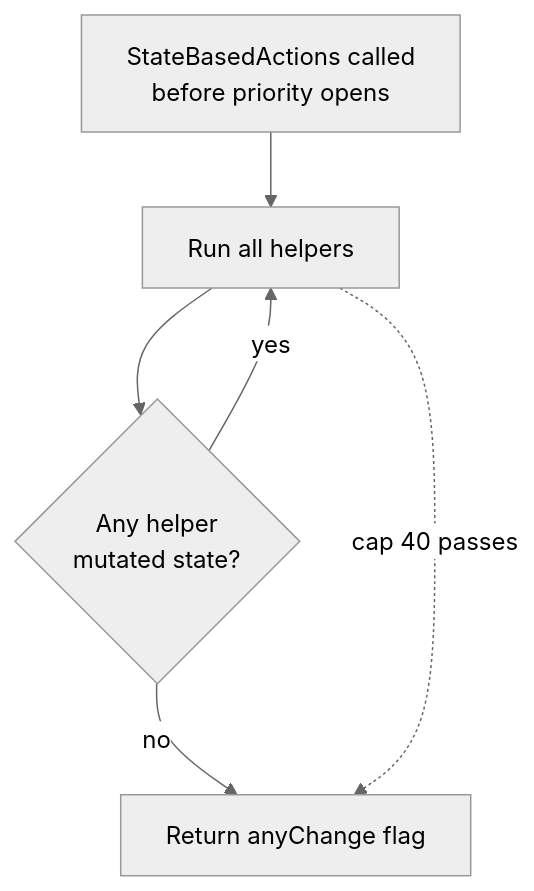
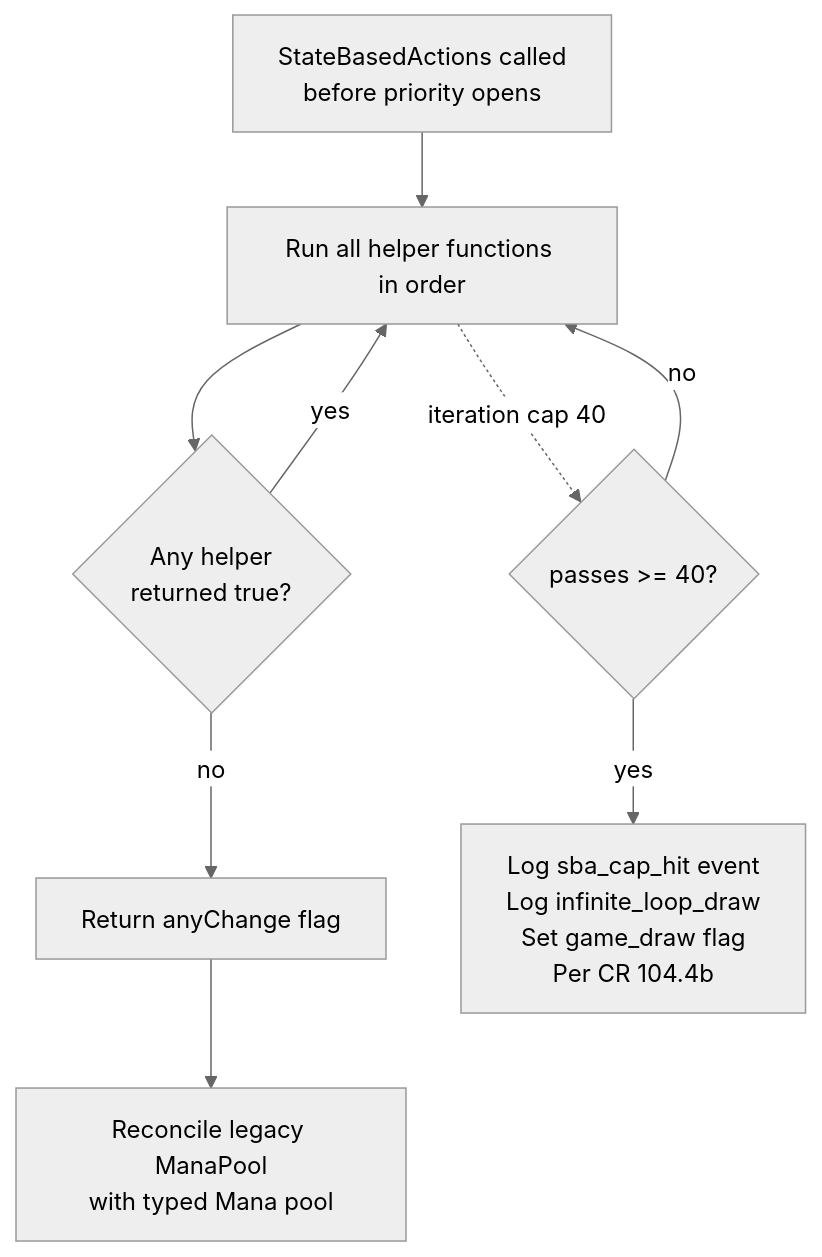
The diagram in docs/State-Based Actions.md (HexDek/HexDek), drawn with Mermaid (neutral theme) before and after one commit. The commit also changed other lines of this file and 18 other files, not shown here.

````diff
--- a/docs/State-Based Actions.md
+++ b/docs/State-Based Actions.md
@@ -11,8 +52,11 @@
 ```mermaid
 flowchart TD
-    Entry[StateBasedActions called<br/>before priority opens] --> Pass[Run all helpers]
-    Pass --> ChangeQ{Any helper<br/>mutated state?}
-    ChangeQ -- yes --> Pass
-    ChangeQ -- no --> Done[Return anyChange flag]
-    Pass -.cap 40 passes.-> Done
+    Entry[StateBasedActions called<br/>before priority opens] --> Pass[Run all helper functions in order]
+    Pass --> AnyChange{Any helper<br/>returned true?}
+    AnyChange -- no --> Done[Return anyChange flag]
+    AnyChange -- yes --> Pass
+    Pass -.iteration cap 40.-> CapHit{passes >= 40?}
+    CapHit -- yes --> Draw[Log sba_cap_hit event<br/>Log infinite_loop_draw<br/>Set game_draw flag<br/>Per CR 104.4b]
+    CapHit -- no --> Pass
+    Done --> Reconcile[Reconcile legacy ManaPool<br/>with typed Mana pool]
 ```
````
